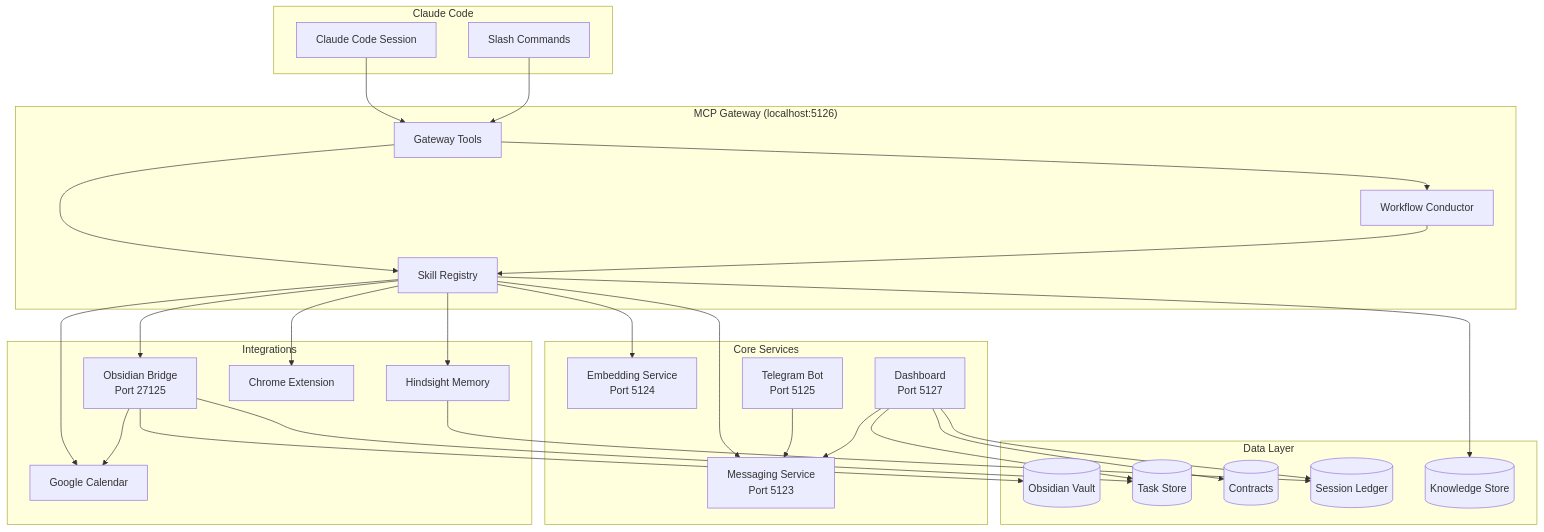
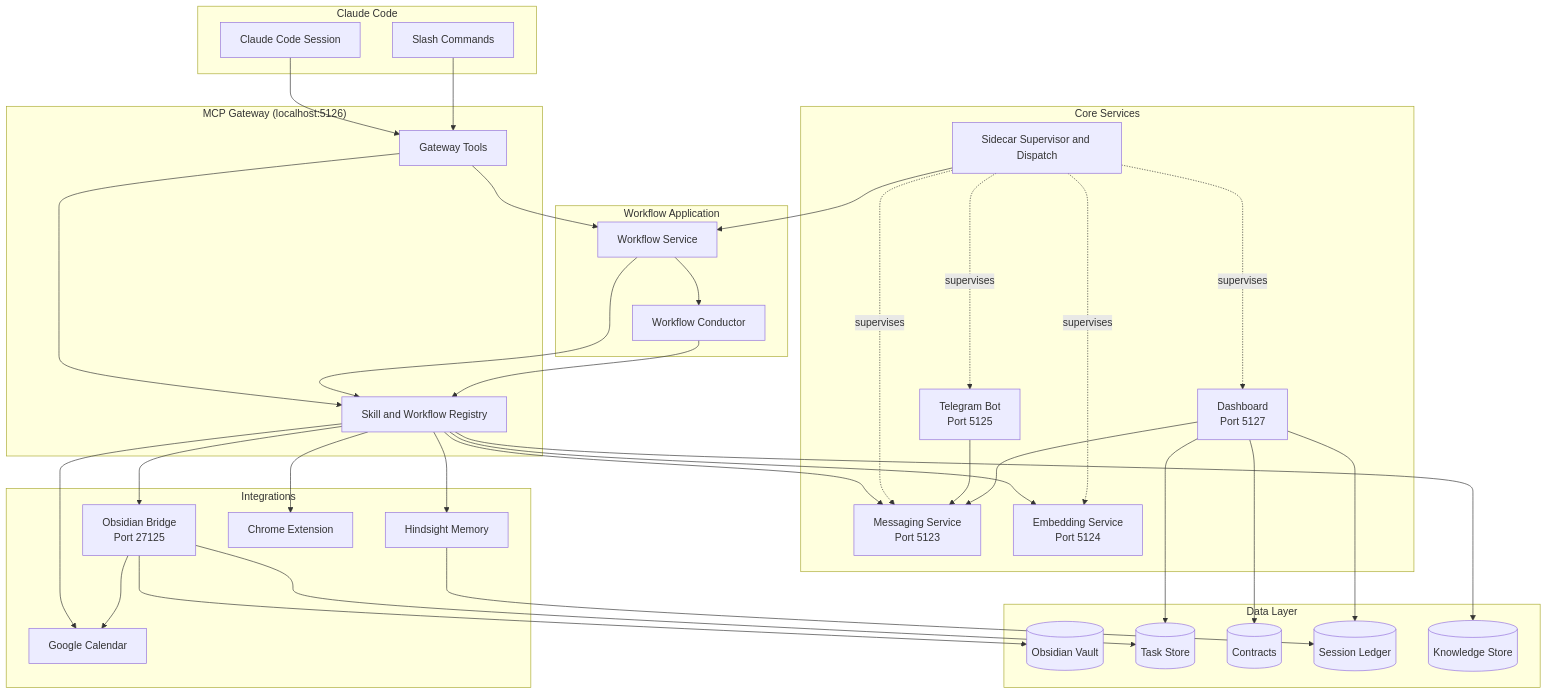
Before and after one commit to KadenMc/work-buddy: the diagram in docs/architecture.md, drawn with Mermaid. The commit also changed other lines of this file and 75 other files, not shown here.

````diff
--- a/docs/architecture.md
+++ b/docs/architecture.md
@@ -5,47 +5,56 @@
 ```mermaid
 graph TB
     subgraph "Claude Code"
         CC[Claude Code Session]
         SC[Slash Commands]
     end
 
     subgraph "MCP Gateway (localhost:5126)"
         GW[Gateway Tools]
-        REG[Skill Registry]
+        REG[Skill and Workflow Registry]
+    end
+
+    subgraph "Workflow Application"
+        WFS[Workflow Service]
         COND[Workflow Conductor]
     end
 
     subgraph "Core Services"
+        SIDE[Sidecar Supervisor and Dispatch]
         MSG[Messaging Service<br/>Port 5123]
         EMB[Embedding Service<br/>Port 5124]
         TG[Telegram Bot<br/>Port 5125]
         DASH[Dashboard<br/>Port 5127]
     end
 
     subgraph "Integrations"
         OBS[Obsidian Bridge<br/>Port 27125]
         MEM[Hindsight Memory]
         CAL[Google Calendar]
         CHR[Chrome Extension]
     end
 
     subgraph "Data Layer"
         VAULT[(Obsidian Vault)]
         TASKS[(Task Store)]
         CONTRACTS[(Contracts)]
         SESSIONS[(Session Ledger)]
         KNOW[(Knowledge Store)]
     end
 
     CC --> GW
     SC --> GW
     GW --> REG
-    GW --> COND
+    GW --> WFS
+    SIDE --> WFS
+    WFS --> REG
+    WFS --> COND
     REG --> MSG & EMB & OBS & MEM & CAL & CHR
     COND --> REG
+    SIDE -. supervises .-> MSG & EMB & TG & DASH
     OBS --> VAULT & TASKS & CAL
     TG --> MSG
     DASH --> MSG & TASKS & CONTRACTS & SESSIONS
     MEM --> SESSIONS
     REG --> KNOW
 ```
````
